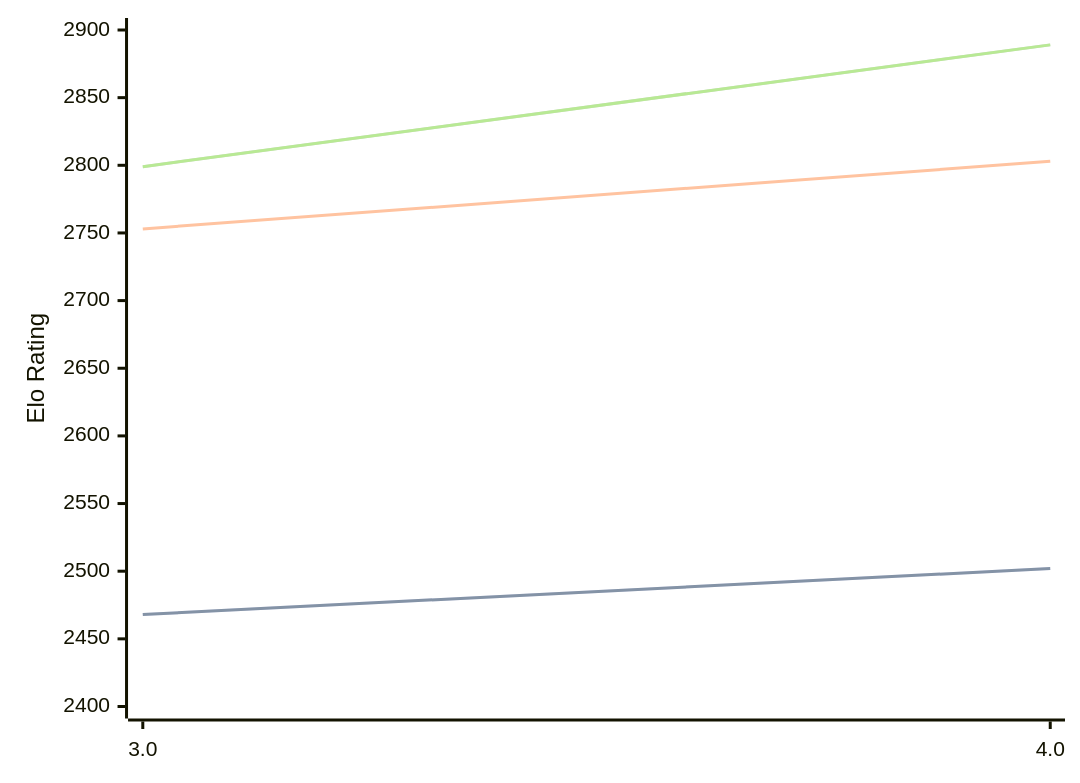
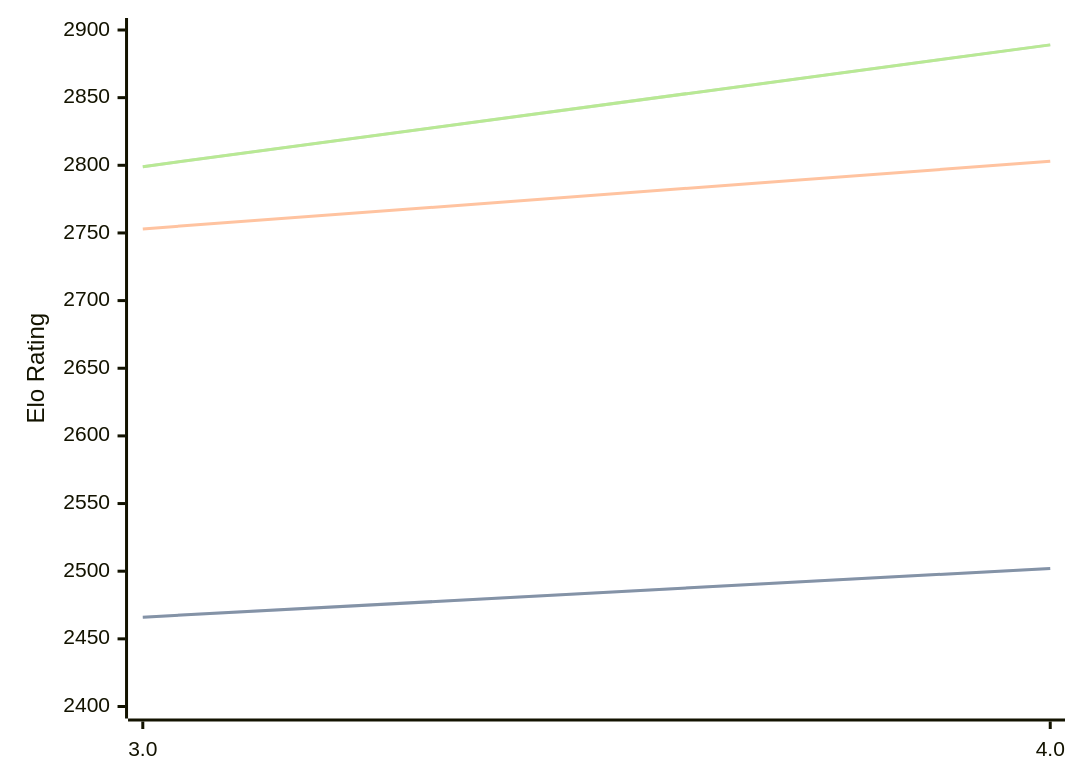
One commit to computer-chess-index/cci changed the diagram in engines/Chess3.md. Above: the diagram before and after it, drawn with Mermaid. The commit also changed other lines of this file, not shown here.

````diff
--- a/engines/Chess3.md
+++ b/engines/Chess3.md
@@ -32,11 +32,11 @@
 ```mermaid
 %%{init: {"theme":"base","themeVariables":{"seriesColors:['#a3a3a3','#222221','#faa371']}}}%%
 xychart-beta
   x-axis ["3.0", "4.0"]
   y-axis "Elo Rating" 2400 --> 2900
-  line "" [2468, 2502]
-  line "STC (8.0+0.08s)" [2468, 2502]
+  line "" [2466, 2502]
+  line "STC (8.0+0.08s)" [2466, 2502]
   line "LTC (60.0+0.60s)" [2753, 2803]
   line "" [2799, 2889]
   line "VLTC (2m24s+1.12s)" [2799, 2889]
 ```
````
